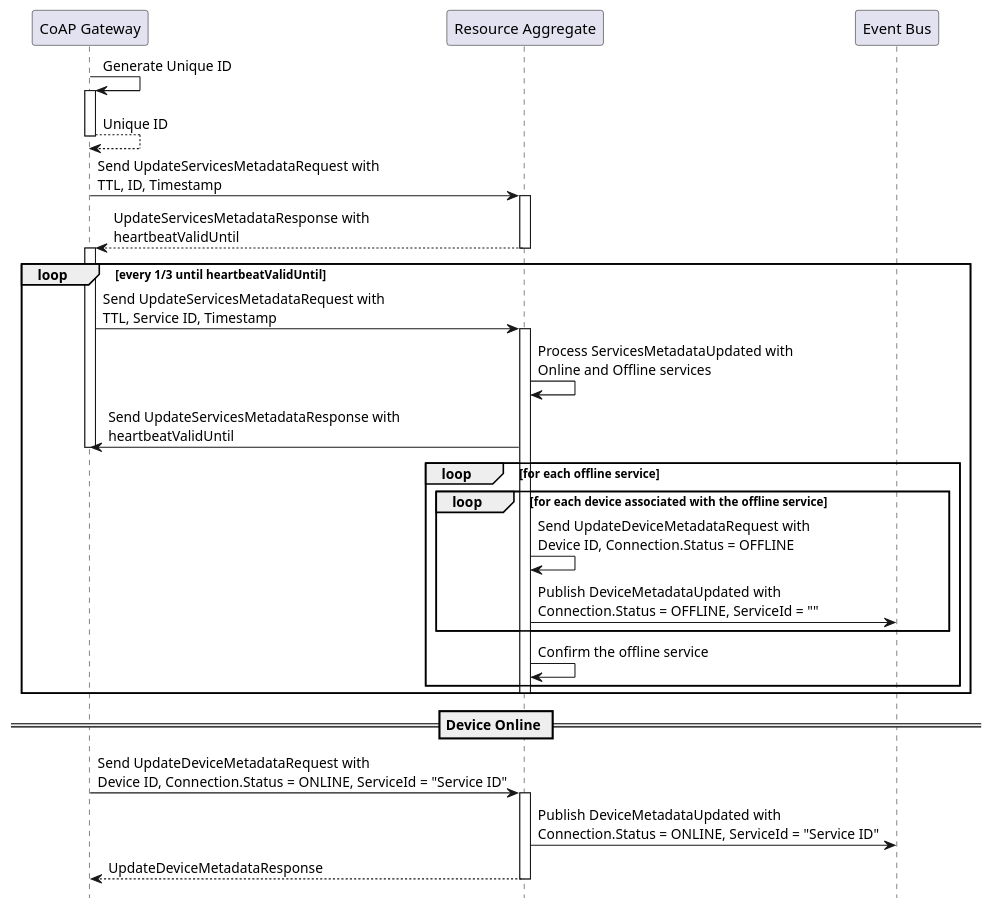
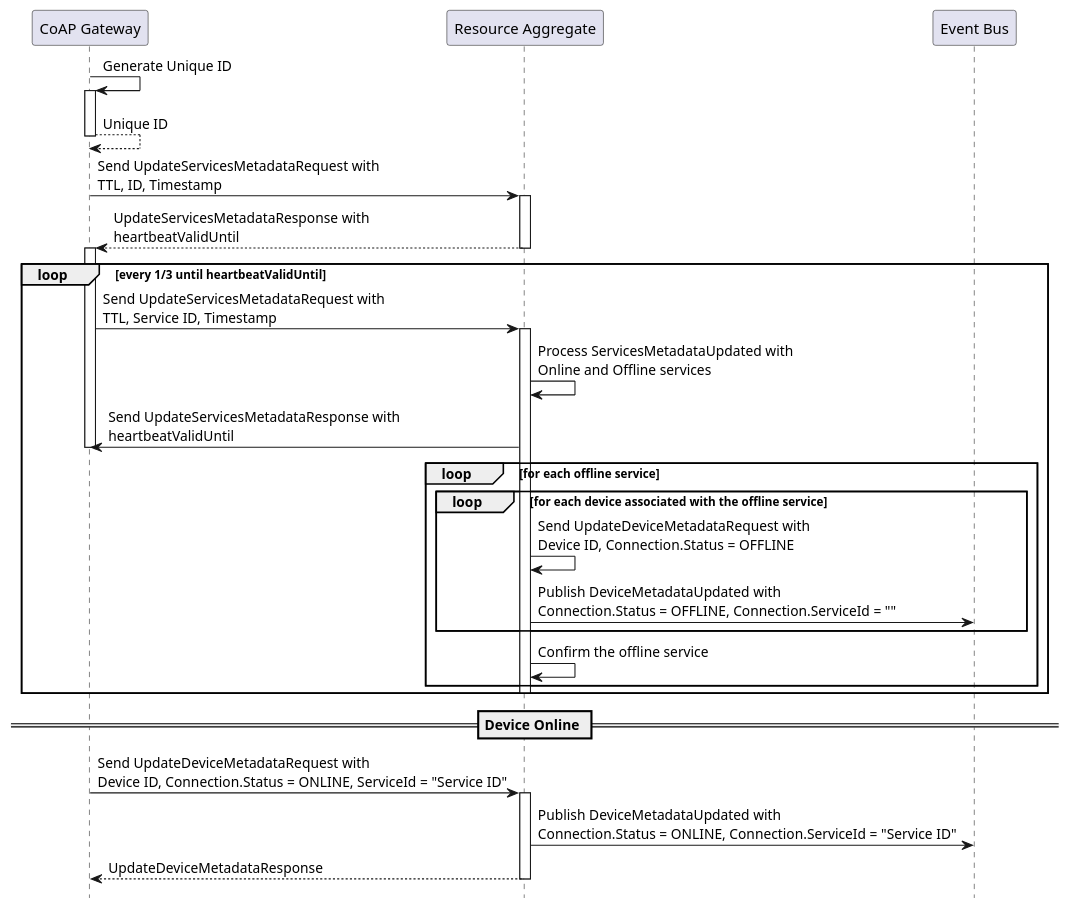
The diagram in content/en/docs/features/monitoring-and-diagnostics/monitoring-device-connectivity.md (plgd-dev/doc), drawn with PlantUML before and after one commit.

```diff
--- a/content/en/docs/features/monitoring-and-diagnostics/monitoring-device-connectivity.md
+++ b/content/en/docs/features/monitoring-and-diagnostics/monitoring-device-connectivity.md
@@ -30,37 +30,37 @@
 {{< plantuml id="update-services-metadata" >}}
 @startuml Sequence
 skinparam backgroundColor transparent
 hide footbox
 
 participant CoAPGateway as "CoAP Gateway"
 participant ResourceAggregate as "Resource Aggregate"
 participant EventBus as "Event Bus"
 
 CoAPGateway -> CoAPGateway++: Generate Unique ID
 return Unique ID
 CoAPGateway -> ResourceAggregate++: Send UpdateServicesMetadataRequest with\nTTL, ID, Timestamp
 return UpdateServicesMetadataResponse with\nheartbeatValidUntil
 activate CoAPGateway
 loop every 1/3 until heartbeatValidUntil
    CoAPGateway -> ResourceAggregate++: Send UpdateServicesMetadataRequest with\nTTL, Service ID, Timestamp
    ResourceAggregate -> ResourceAggregate: Process ServicesMetadataUpdated with\nOnline and Offline services
    ResourceAggregate -> CoAPGateway: Send UpdateServicesMetadataResponse with\nheartbeatValidUntil
    deactivate CoAPGateway
    loop for each offline service
       loop for each device associated with the offline service
          ResourceAggregate -> ResourceAggregate: Send UpdateDeviceMetadataRequest with\nDevice ID, Connection.Status = OFFLINE
-         ResourceAggregate -> EventBus: Publish DeviceMetadataUpdated with\nConnection.Status = OFFLINE, ServiceId = ""
+         ResourceAggregate -> EventBus: Publish DeviceMetadataUpdated with\nConnection.Status = OFFLINE, Connection.ServiceId = ""
       end
       ResourceAggregate -> ResourceAggregate: Confirm the offline service
    end
    deactivate ResourceAggregate
 end
 
 == Device Online ==
 
 CoAPGateway -> ResourceAggregate++ : Send UpdateDeviceMetadataRequest with\nDevice ID, Connection.Status = ONLINE, ServiceId = "Service ID"
-ResourceAggregate -> EventBus: Publish DeviceMetadataUpdated with\nConnection.Status = ONLINE, ServiceId = "Service ID"
+ResourceAggregate -> EventBus: Publish DeviceMetadataUpdated with\nConnection.Status = ONLINE, Connection.ServiceId = "Service ID"
 return UpdateDeviceMetadataResponse
 
 @enduml
 {{< /plantuml >}}
```
